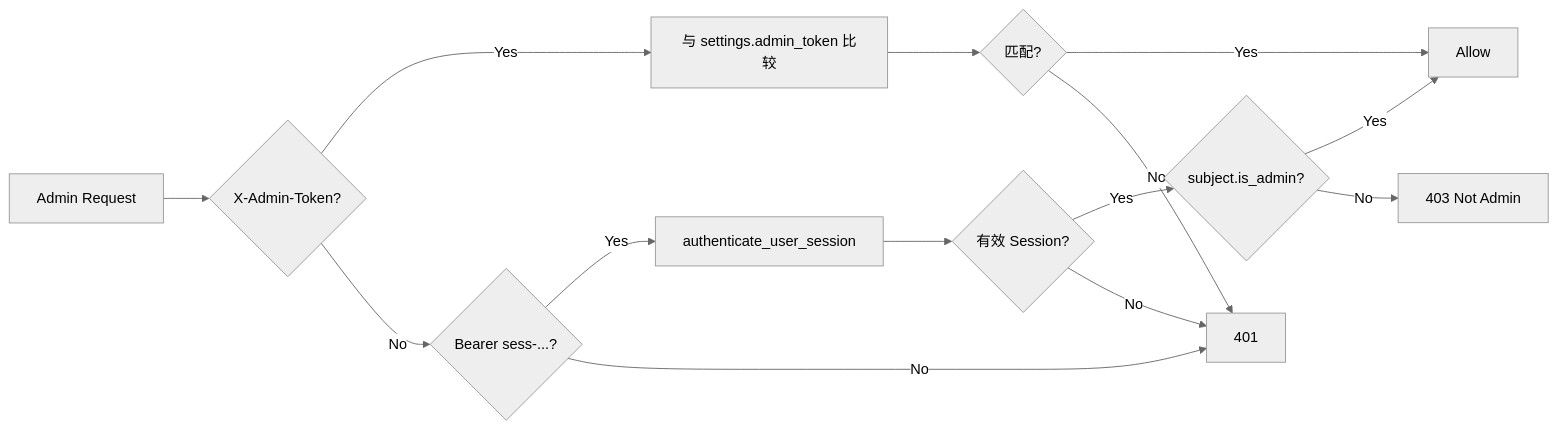
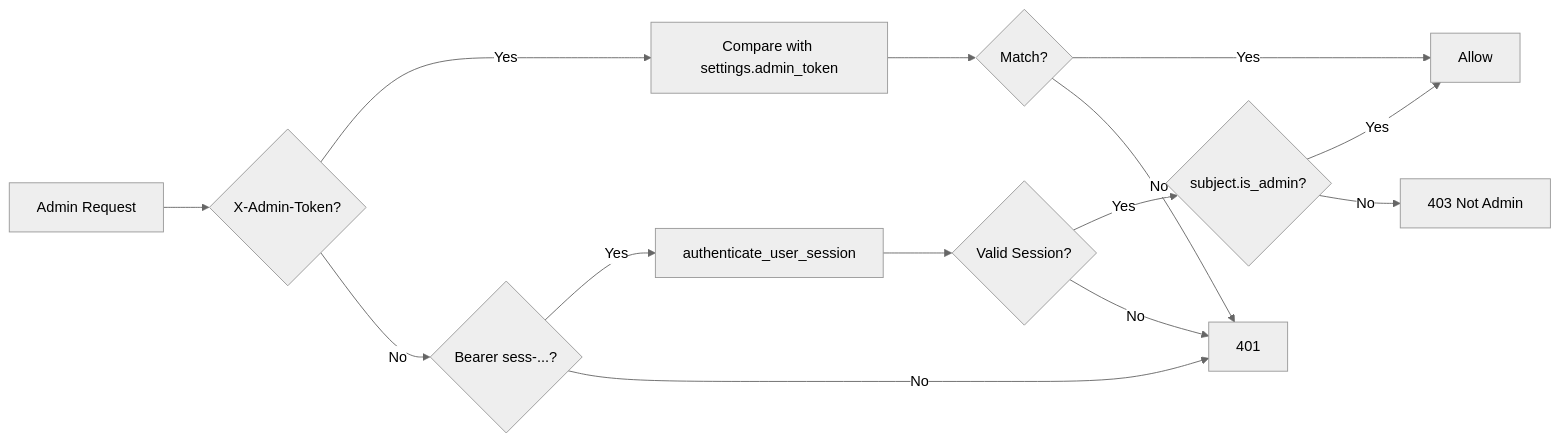
Before and after one commit to pty819/llm-gateway-docs: the fourth of 4 diagrams in docs/source/architecture/data-flow.md, drawn with Mermaid (neutral theme). The commit also changed other lines of this file and 18 other files, not shown here.

First line of the commit message:
Fix RST directives and mermaid syntax in MD files

````diff
--- a/docs/source/architecture/data-flow.md
+++ b/docs/source/architecture/data-flow.md
@@ -128,16 +128,16 @@
 ```{mermaid}
 graph LR
     A[Admin Request] --> B{X-Admin-Token?}
-    B -->|Yes| C[与 settings.admin_token 比较]
-    C --> D{匹配?}
+    B -->|Yes| C[Compare with settings.admin_token]
+    C --> D{Match?}
     D -->|Yes| E[Allow]
     D -->|No| F[401]
     B -->|No| G{Bearer sess-...?}
     G -->|Yes| H[authenticate_user_session]
-    H --> I{有效 Session?}
+    H --> I{Valid Session?}
     I -->|Yes| J{subject.is_admin?}
     J -->|Yes| E
     J -->|No| K[403 Not Admin]
     I -->|No| F
     G -->|No| F
 ```
````
